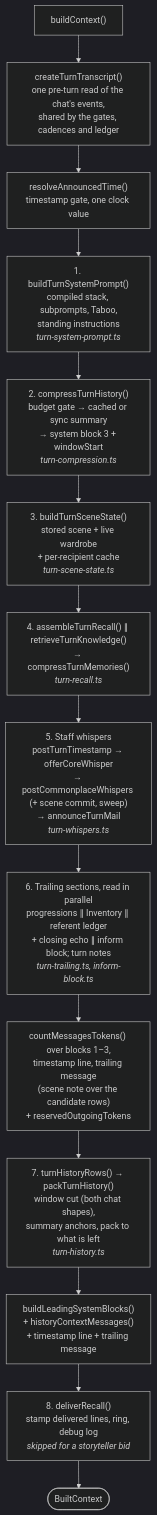
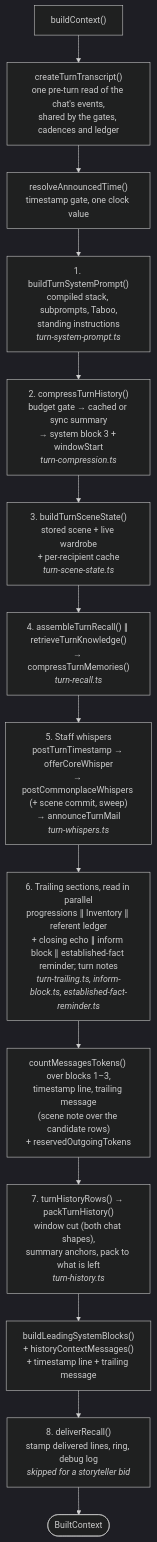
Before and after one commit to foundry-9/quilltap-server: the tenth of 10 diagrams in docs/developer/SYSTEM_FLOWCHARTS.md, drawn with Mermaid (dark theme). The commit also changed 93 other files, not shown here.

````diff
--- a/docs/developer/SYSTEM_FLOWCHARTS.md
+++ b/docs/developer/SYSTEM_FLOWCHARTS.md
@@ -606,16 +606,16 @@
 ```mermaid
 flowchart TD
     START["buildContext()"] --> TX["createTurnTranscript()<br/>one pre-turn read of the chat's events,<br/>shared by the gates, cadences and ledger"]
     TX --> TIME["resolveAnnouncedTime()<br/>timestamp gate, one clock value"]
     TIME --> SYS["1. buildTurnSystemPrompt()<br/>compiled stack, subprompts, Taboo,<br/>standing instructions<br/><i>turn-system-prompt.ts</i>"]
     SYS --> COMP["2. compressTurnHistory()<br/>budget gate → cached or sync summary<br/>→ system block 3 + windowStart<br/><i>turn-compression.ts</i>"]
     COMP --> SCENE["3. buildTurnSceneState()<br/>stored scene + live wardrobe<br/>+ per-recipient cache<br/><i>turn-scene-state.ts</i>"]
     SCENE --> RECALL["4. assembleTurnRecall() ∥ retrieveTurnKnowledge()<br/>→ compressTurnMemories()<br/><i>turn-recall.ts</i>"]
     RECALL --> WHISPER["5. Staff whispers<br/>postTurnTimestamp → offerCoreWhisper<br/>→ postCommonplaceWhispers (+ scene commit, sweep)<br/>→ announceTurnMail<br/><i>turn-whispers.ts</i>"]
-    WHISPER --> TRAIL["6. Trailing sections, read in parallel<br/>progressions ∥ Inventory ∥ referent ledger<br/>+ closing echo ∥ inform block; turn notes<br/><i>turn-trailing.ts, inform-block.ts</i>"]
+    WHISPER --> TRAIL["6. Trailing sections, read in parallel<br/>progressions ∥ Inventory ∥ referent ledger<br/>+ closing echo ∥ inform block ∥ established-fact reminder; turn notes<br/><i>turn-trailing.ts, inform-block.ts, established-fact-reminder.ts</i>"]
     TRAIL --> MEASURE["countMessagesTokens() over blocks 1–3,<br/>timestamp line, trailing message<br/>(scene note over the candidate rows)<br/>+ reservedOutgoingTokens"]
     MEASURE --> HIST["7. turnHistoryRows() → packTurnHistory()<br/>window cut (both chat shapes),<br/>summary anchors, pack to what is left<br/><i>turn-history.ts</i>"]
     HIST --> ASM["buildLeadingSystemBlocks()<br/>+ historyContextMessages()<br/>+ timestamp line + trailing message"]
     ASM --> DELIVER["8. deliverRecall()<br/>stamp delivered lines, ring, debug log<br/><i>skipped for a storyteller bid</i>"]
     DELIVER --> DONE([BuiltContext])
 ```
````
